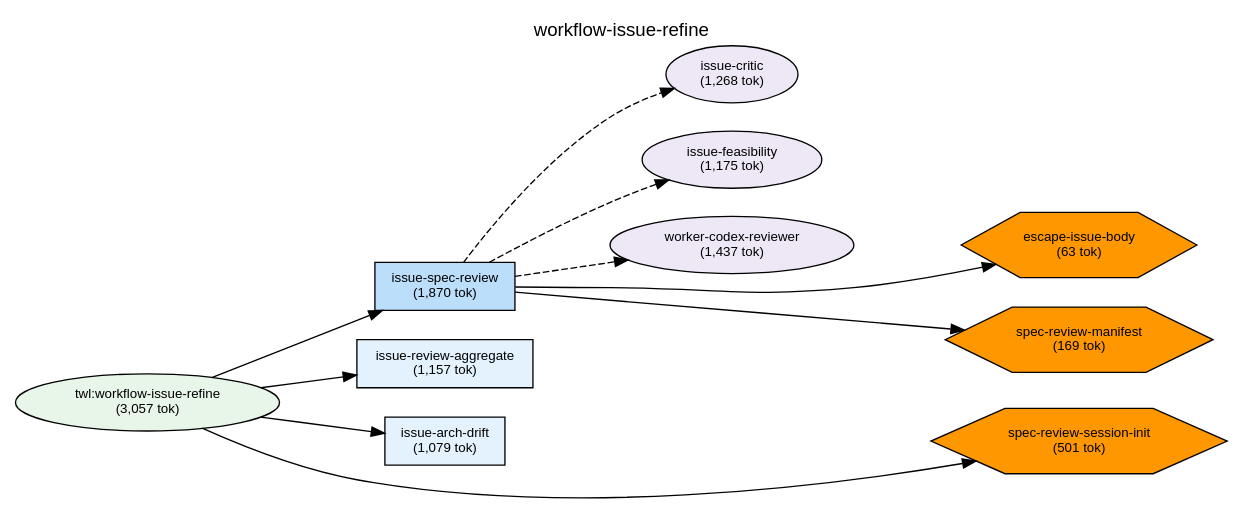
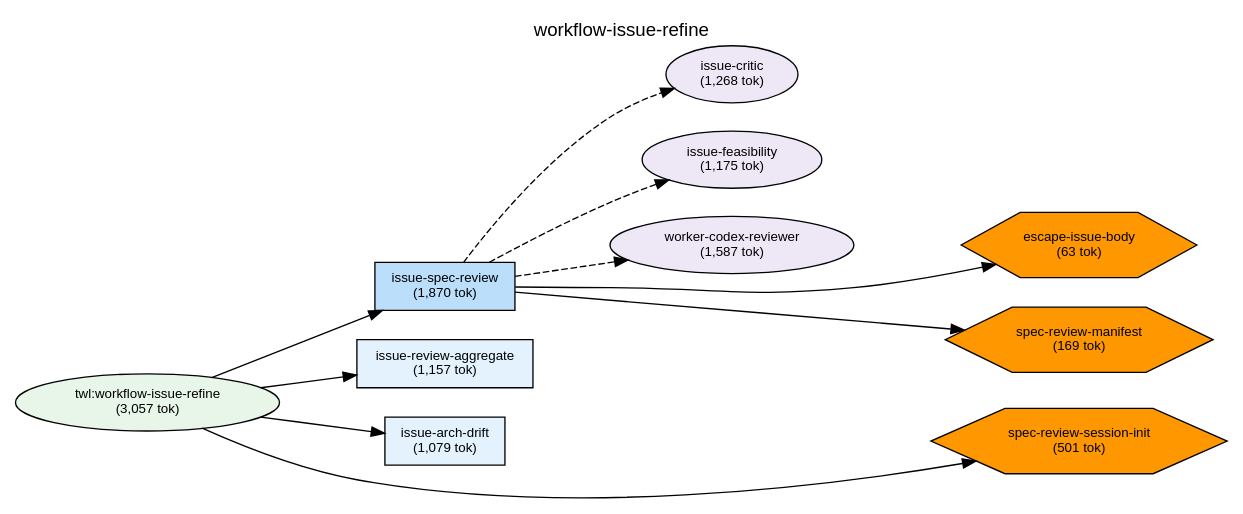
The diagram in plugins/twl/docs/deps-workflow-issue-refine.dot (shuu5/twill), drawn with Graphviz before and after one commit. The commit also changed 22 other files, not shown here.

```diff
--- a/plugins/twl/docs/deps-workflow-issue-refine.dot
+++ b/plugins/twl/docs/deps-workflow-issue-refine.dot
@@ -1,69 +1,69 @@
 digraph Dependencies {
     // Graph settings
     rankdir=LR;
     ranksep=0.8;
     nodesep=0.3;
     fontname="Helvetica";
     node [fontname="Helvetica", fontsize=10];
     edge [fontname="Helvetica", fontsize=9];
     label="workflow-issue-refine";
     labelloc=t;
     fontsize=14;
 
     // L0: Controller Skills
 
     // L0: Launchers
 
     // L0.5: Workflow Skills
     skill_workflow_issue_refine [label="twl:workflow-issue-refine\n(3,057 tok)", shape=ellipse, style=filled, fillcolor="#e8f5e9"];
 
     // Reference Skills
 
     // L1: Direct Commands
     cmd_issue_spec_review [label="issue-spec-review\n(1,870 tok)", shape=box, style=filled, fillcolor="#bbdefb"];
     cmd_issue_review_aggregate [label="issue-review-aggregate\n(1,157 tok)", shape=box, style=filled, fillcolor="#e3f2fd"];
     cmd_issue_arch_drift [label="issue-arch-drift\n(1,079 tok)", shape=box, style=filled, fillcolor="#e3f2fd"];
 
     // L2: Sub Commands
 
     // L3: Agents
     agent_issue_critic [label="issue-critic\n(1,268 tok)", shape=ellipse, style=filled, fillcolor="#ede7f6"];
     agent_issue_feasibility [label="issue-feasibility\n(1,175 tok)", shape=ellipse, style=filled, fillcolor="#ede7f6"];
-    agent_worker_codex_reviewer [label="worker-codex-reviewer\n(1,437 tok)", shape=ellipse, style=filled, fillcolor="#ede7f6"];
+    agent_worker_codex_reviewer [label="worker-codex-reviewer\n(1,587 tok)", shape=ellipse, style=filled, fillcolor="#ede7f6"];
 
     // L3.5: Scripts
     script_escape_issue_body [label="escape-issue-body\n(63 tok)", shape=hexagon, style=filled, fillcolor="#FF9800"];
     script_spec_review_manifest [label="spec-review-manifest\n(169 tok)", shape=hexagon, style=filled, fillcolor="#FF9800"];
     script_spec_review_session_init [label="spec-review-session-init\n(501 tok)", shape=hexagon, style=filled, fillcolor="#FF9800"];
 
     // L4: External
 
     // Layer constraints
     { rank=same; skill_workflow_issue_refine; }
     { rank=same; cmd_issue_spec_review; cmd_issue_review_aggregate; cmd_issue_arch_drift; }
     { rank=same; agent_issue_critic; agent_issue_feasibility; agent_worker_codex_reviewer; }
     { rank=same; script_escape_issue_body; script_spec_review_manifest; script_spec_review_session_init; }
 
     // Edges
     skill_workflow_issue_refine -> cmd_issue_spec_review;
     skill_workflow_issue_refine -> cmd_issue_review_aggregate;
     skill_workflow_issue_refine -> cmd_issue_arch_drift;
     skill_workflow_issue_refine -> script_spec_review_session_init;
     cmd_issue_spec_review -> agent_issue_critic [style=dashed];
     cmd_issue_spec_review -> agent_issue_feasibility [style=dashed];
     cmd_issue_spec_review -> agent_worker_codex_reviewer [style=dashed];
     cmd_issue_spec_review -> script_escape_issue_body;
     cmd_issue_spec_review -> script_spec_review_manifest;
 
     // Ordering constraints (invisible edges)
     cmd_issue_spec_review -> cmd_issue_review_aggregate [style=invis, weight=10];
     cmd_issue_review_aggregate -> cmd_issue_arch_drift [style=invis, weight=10];
     cmd_issue_spec_review -> cmd_issue_review_aggregate [style=invis, weight=10];
     cmd_issue_review_aggregate -> cmd_issue_arch_drift [style=invis, weight=10];
     cmd_issue_arch_drift -> script_spec_review_session_init [style=invis, weight=10];
     agent_issue_critic -> agent_issue_feasibility [style=invis, weight=10];
     agent_issue_feasibility -> agent_worker_codex_reviewer [style=invis, weight=10];
     agent_worker_codex_reviewer -> script_escape_issue_body [style=invis, weight=10];
     script_escape_issue_body -> script_spec_review_manifest [style=invis, weight=10];
 
 }
```
